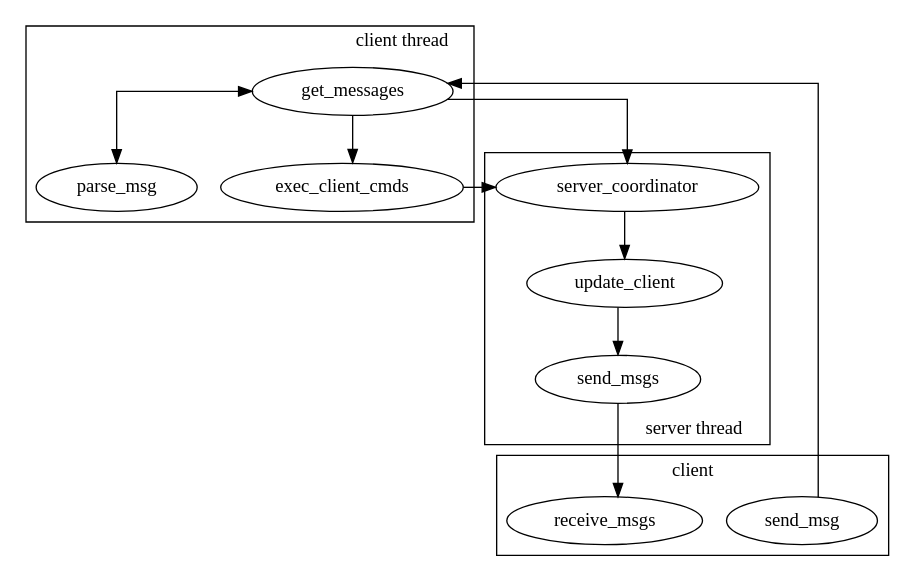
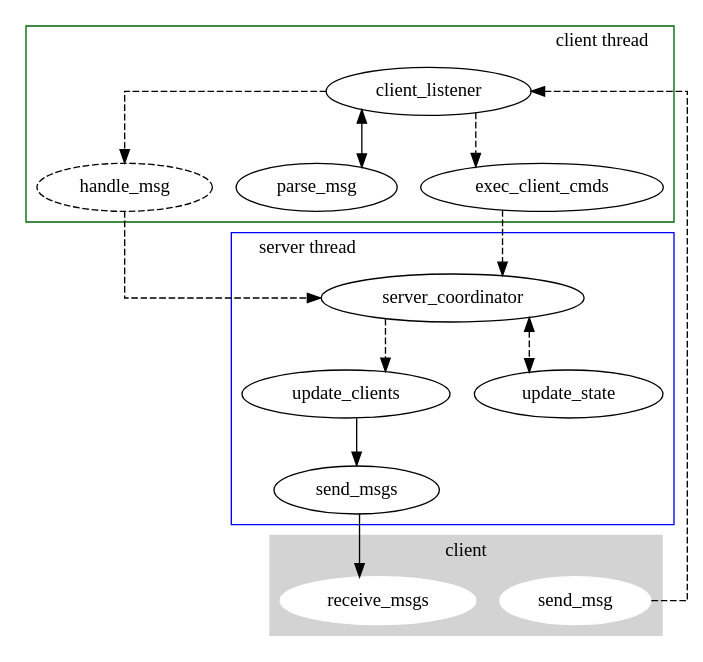
One commit to csdrane/IRC-LJ- changed the diagram in resources/message-handling.dot. Above: the diagram before and after it, drawn with Graphviz. The commit also changed 2 other files, not shown here.

Commit message:
Refined message-handling.dot graph. Slight naming tweaks to connection.clj and core.clj

```diff
--- a/resources/message-handling.dot
+++ b/resources/message-handling.dot
@@ -1,30 +1,35 @@
 digraph G {
   subgraph cluster0 {
+    style=filled;
+    color=lightgrey;
+    node [style=filled, color=white];
     send_msg;
     receive_msgs;
-    color=black;
     label = "client";
   }
 
   subgraph cluster1 {
-    send_msg -> get_messages;
-    get_messages -> parse_msg [dir=both];
-    get_messages -> exec_client_cmds;
+    handle_msg [style=dashed];
+    send_msg -> client_listener [style=dashed];
+    client_listener -> parse_msg [dir=both];
+    client_listener -> handle_msg [style=dashed];
+    client_listener -> exec_client_cmds [style=dashed];
     concentrate=true;
     label = "client thread";
     labeljust = r;
-    color=black; 
+    color=darkgreen; 
   }
   subgraph cluster2 {
-    exec_client_cmds -> server_coordinator;
-    get_messages -> server_coordinator;
-    server_coordinator -> update_client;
-    update_client -> send_msgs;
+    exec_client_cmds -> server_coordinator [style=dashed];
+    handle_msg -> server_coordinator [style=dashed];
+    server_coordinator -> update_clients [style=dashed];
+    server_coordinator -> update_state [style=dashed, dir=both];
+    update_clients -> send_msgs;
     send_msgs -> receive_msgs;
     label = "server thread";
-    labeljust = r;
-    labelloc = b;
-    color=black;
+    labeljust = l;
+    labelloc = u;
+    color=blue;
   }
   splines=ortho;
 }
```
